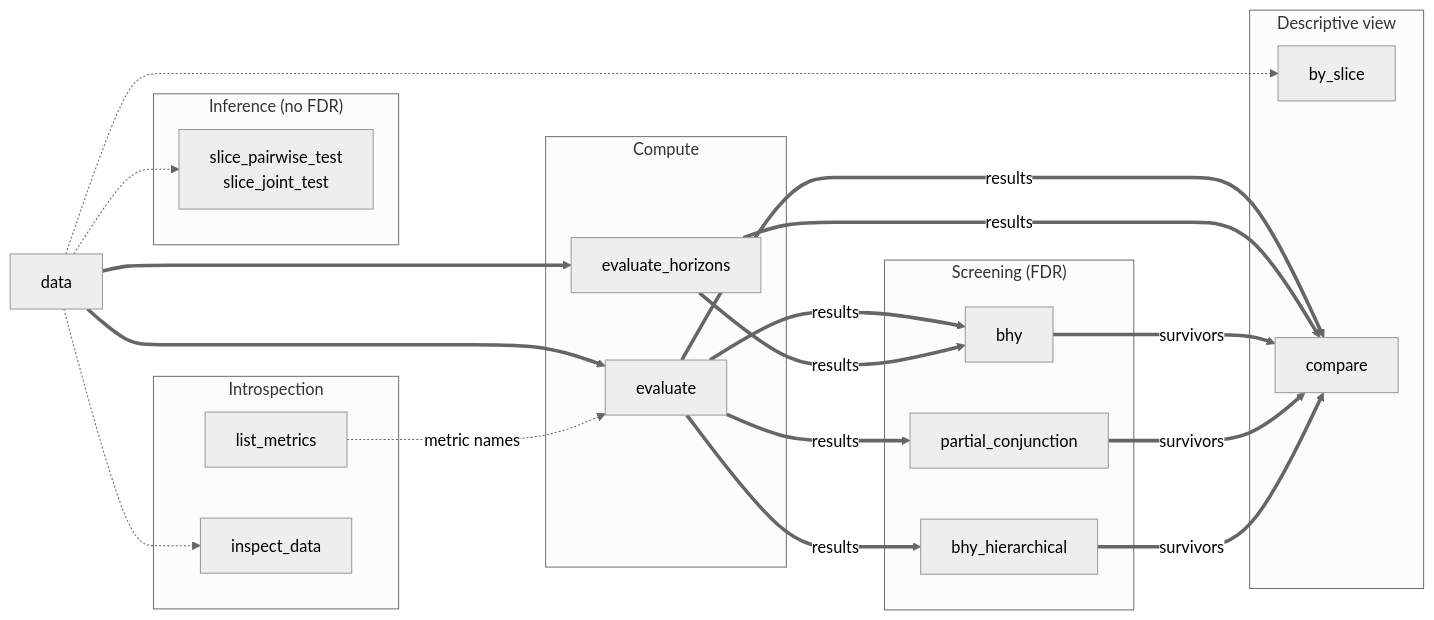
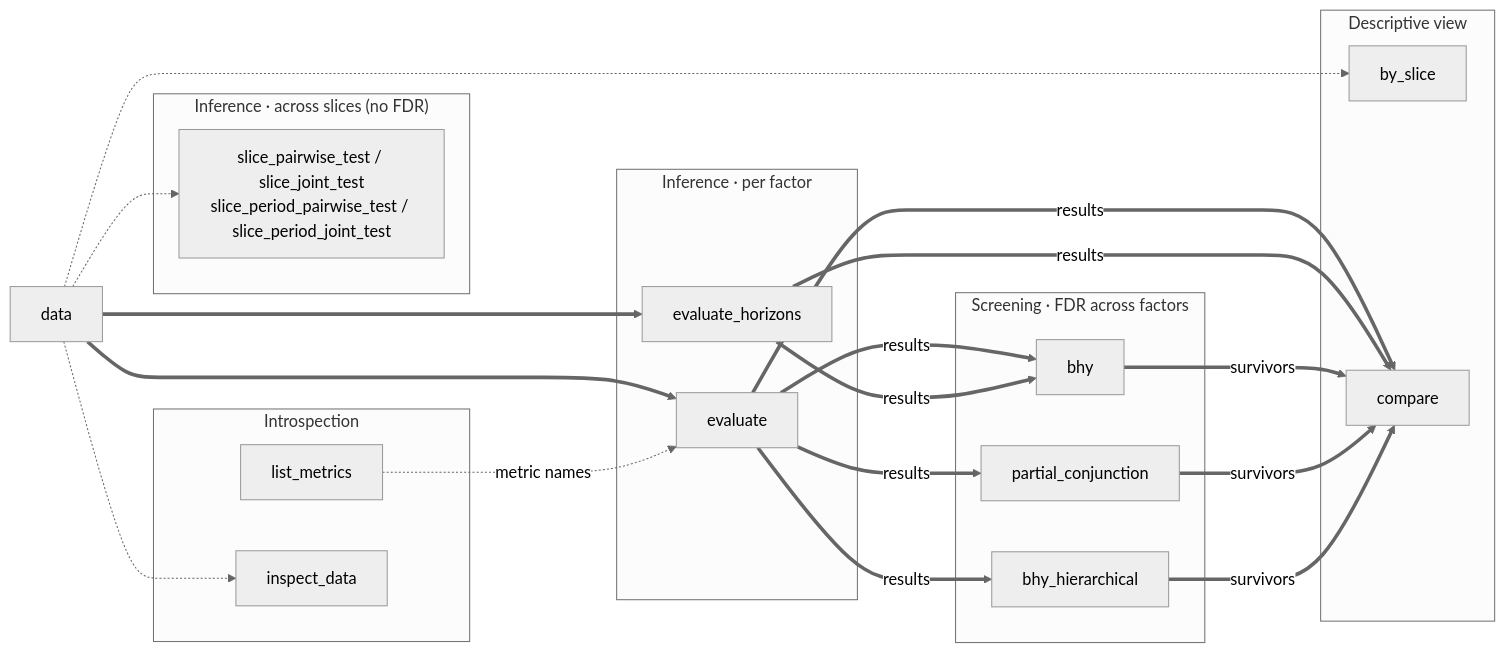
The diagram in docs/api/index.md (awwesomeman/factrix), drawn with Mermaid (neutral theme) before and after one commit. The commit also changed other lines of this file, not shown here.

First line of the commit message:
docs(api): add slice_period tests to overview and clarify inference vs screening

````diff
--- a/docs/api/index.md
+++ b/docs/api/index.md
@@ -9,56 +9,56 @@
 ```mermaid
 flowchart LR
     P[data]
 
-    subgraph Compute
+    subgraph PerFactor["Inference · per factor"]
         EV[evaluate]
         EVH[evaluate_horizons]
     end
 
-    subgraph Screening["Screening (FDR)"]
+    subgraph Screening["Screening · FDR across factors"]
         BHY[bhy]
         PC[partial_conjunction]
         BHYH[bhy_hierarchical]
     end
 
-    subgraph Inference["Inference (no FDR)"]
-        ST["slice_pairwise_test<br/>slice_joint_test"]
+    subgraph Slices["Inference · across slices (no FDR)"]
+        ST["slice_pairwise_test / slice_joint_test<br/>slice_period_pairwise_test / slice_period_joint_test"]
     end
 
     subgraph View["Descriptive view"]
         BS[by_slice]
         CMP[compare]
     end
 
     subgraph Introspection
         LM[list_metrics]
         ID[inspect_data]
     end
 
     P ==> EV
     P ==> EVH
     P -.-> BS
     P -.-> ST
     P -.-> ID
     EV ==>|results| BHY
     EV ==>|results| PC
     EV ==>|results| BHYH
     EV ==>|results| CMP
     EVH ==>|results| BHY
     EVH ==>|results| CMP
     BHY ==>|survivors| CMP
     PC ==>|survivors| CMP
     BHYH ==>|survivors| CMP
     LM -.->|metric names| EV
 
     click EV "evaluate/" "evaluate API"
     click EVH "evaluate/#factrix.evaluate_horizons" "evaluate_horizons API"
     click BS "by-slice/" "by_slice API"
-    click ST "slice-test/" "slice_pairwise_test / slice_joint_test API"
+    click ST "slice-test/" "slice tests — cross-sectional + period-disjoint API"
     click BHY "multi-factor/" "bhy API"
     click PC "partial-conjunction/" "partial_conjunction API"
     click BHYH "bhy-hierarchical/" "bhy_hierarchical API"
     click LM "metrics/#factrix.list_metrics" "list_metrics API"
     click CMP "compare/" "compare API"
     click ID "inspect-data/" "inspect_data API"
 ```
````
